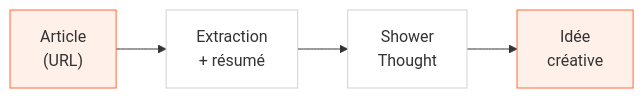
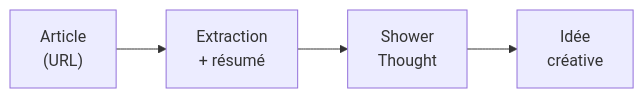
The second of 6 diagrams in content/applications.md (jbdaudet/leplusgrandnombre), drawn with Mermaid before and after one commit. The commit also changed other lines of this file and 4 other files, not shown here.

Commit message:
update of the design scroll back up behavior + mermaid graphs rebuild

```diff
--- a/content/applications.md
+++ b/content/applications.md
@@ -75,11 +67,6 @@
 {{< mermaid >}}
 flowchart LR
     A["Article\n(URL)"] --> B["Extraction\n+ résumé"]
     B --> C["Shower\nThought"]
     C --> D["Idée\ncréative"]
-
-    style A fill:#FFF0E9,stroke:#FF6B35
-    style B fill:#ffffff,stroke:#d2d2d7
-    style C fill:#ffffff,stroke:#d2d2d7
-    style D fill:#FFF0E9,stroke:#FF6B35
 {{< /mermaid >}}
```
